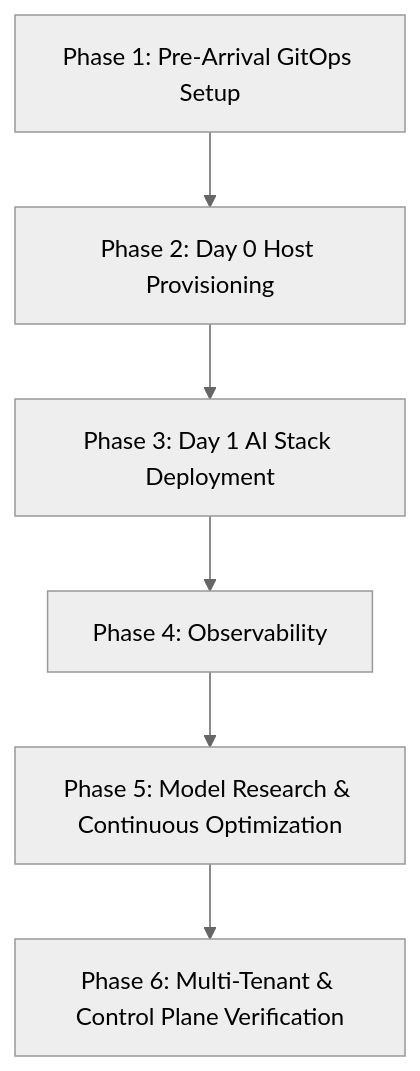
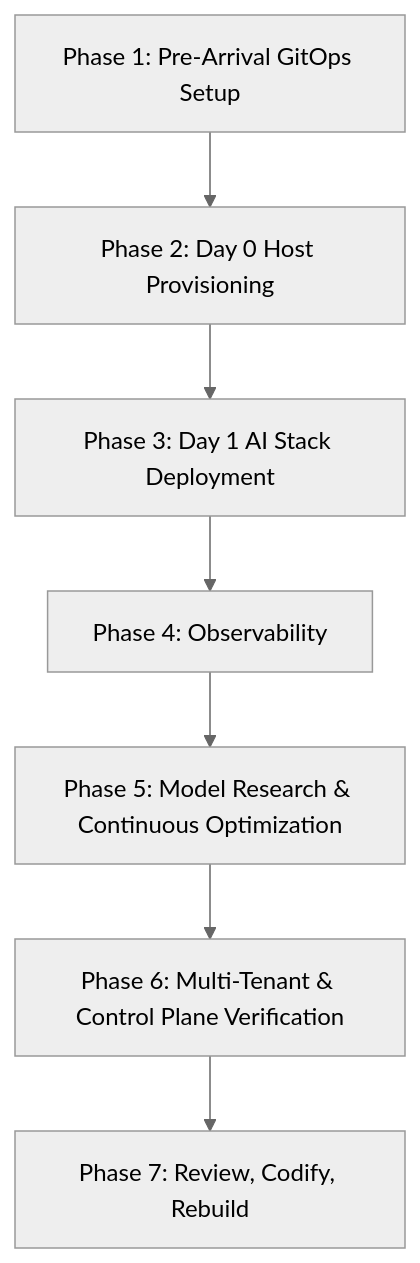
Before and after one commit to chrisjohnson/local-ai-machine: the second of 2 diagrams in README.md, drawn with Mermaid (neutral theme). The commit also changed other lines of this file, not shown here.

First line of the commit message:
Add Phase 7: Review, Codify, Rebuild - final wipe-and-rebuild verification

````diff
--- a/README.md
+++ b/README.md
@@ -996,8 +996,9 @@
 ```mermaid
 flowchart TD
     P1[Phase 1: Pre-Arrival GitOps Setup] --> P2[Phase 2: Day 0 Host Provisioning]
     P2 --> P3[Phase 3: Day 1 AI Stack Deployment]
     P3 --> P4[Phase 4: Observability]
     P4 --> P5[Phase 5: Model Research & Continuous Optimization]
     P5 --> P6[Phase 6: Multi-Tenant & Control Plane Verification]
+    P6 --> P7[Phase 7: Review, Codify, Rebuild]
 ```
````
